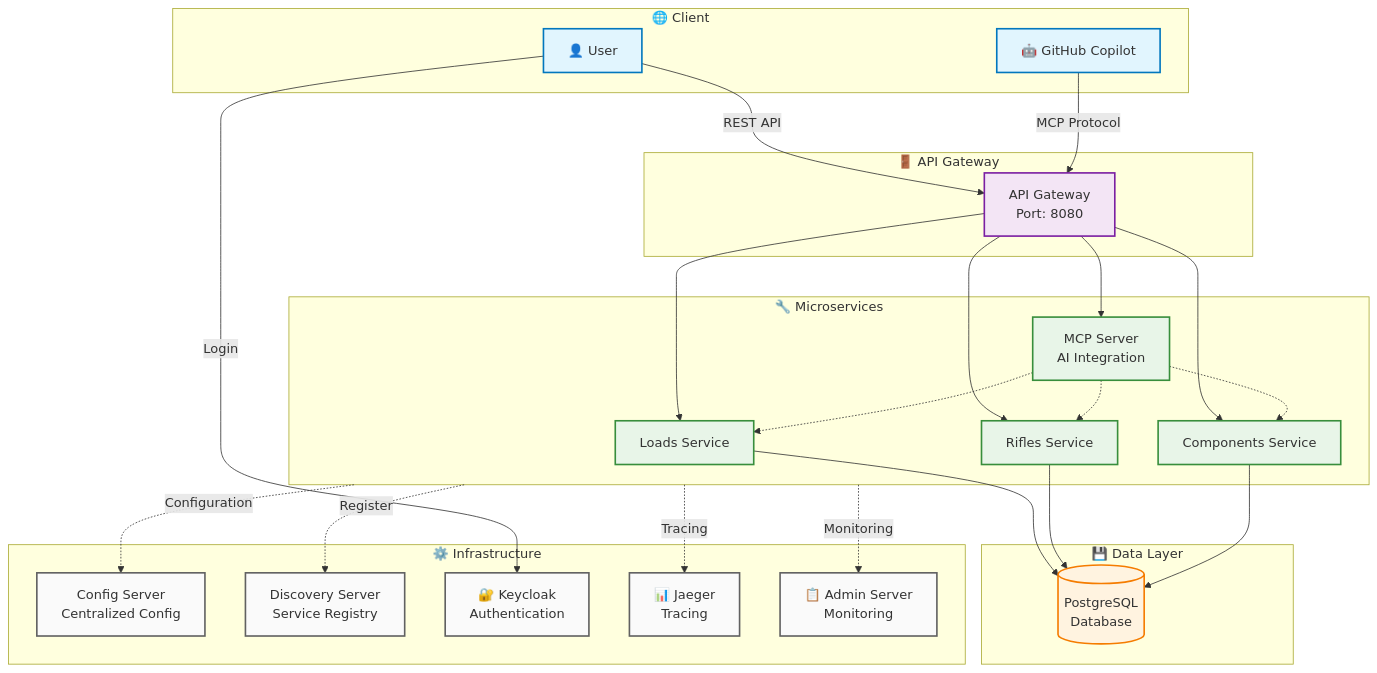
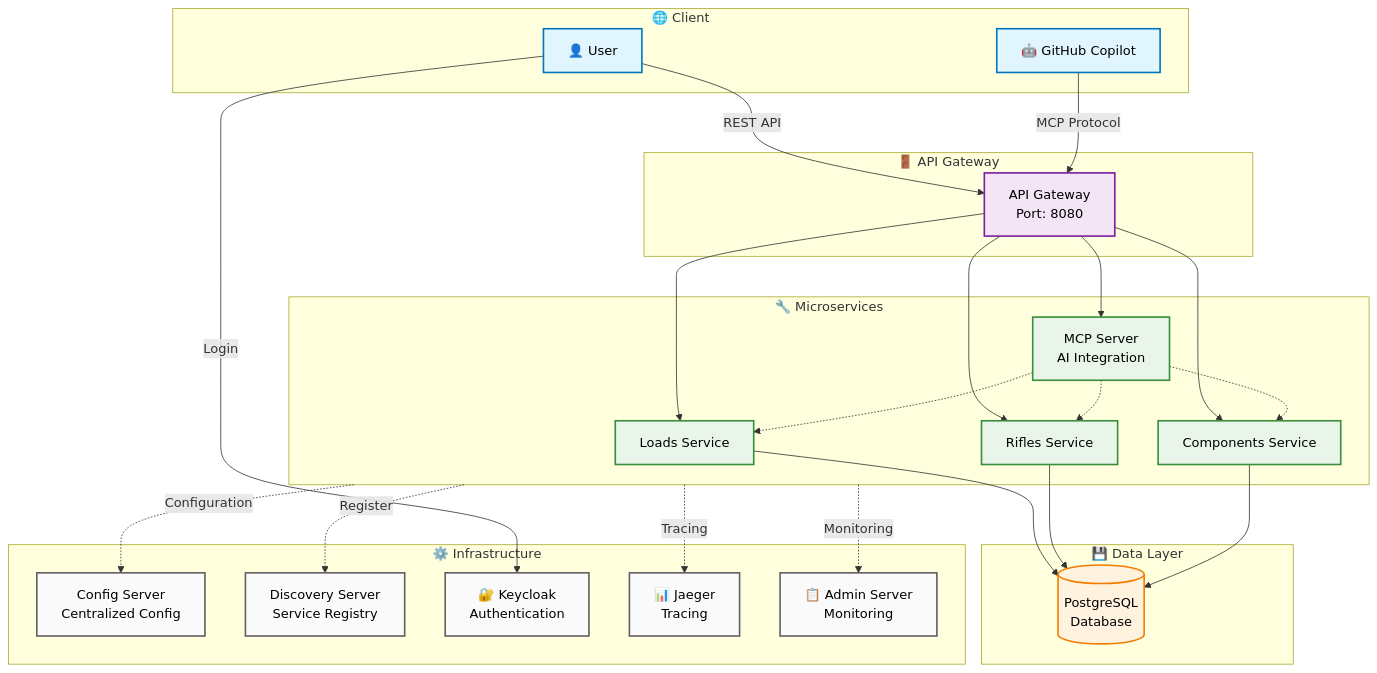
Before and after one commit to zhoozhoo/spring-load-development: the first of 3 diagrams in README.adoc, drawn with Mermaid. The commit also changed other lines of this file, not shown here.

Commit message:
fix: Update class definitions in flowcharts for consistent text colour

```diff
--- a/README.adoc
+++ b/README.adoc
@@ -149,70 +149,70 @@
 [source,mermaid]
 ....
 flowchart TB
     subgraph Client["🌐 Client"]
         User[👤 User]
         Copilot[🤖 GitHub Copilot]
     end
 
     subgraph Gateway["🚪 API Gateway"]
         APIGateway[API Gateway<br/>Port: 8080]
     end
 
     subgraph Services["🔧 Microservices"]
         LoadsService[Loads Service]
         RiflesService[Rifles Service]
         ComponentsService[Components Service]
         MCPServer[MCP Server<br/>AI Integration]
     end
 
     subgraph Data["💾 Data Layer"]
         Postgres[(PostgreSQL<br/>Database)]
     end
 
     subgraph Infrastructure["⚙️ Infrastructure"]
         ConfigServer[Config Server<br/>Centralized Config]
         DiscoveryServer[Discovery Server<br/>Service Registry]
         Keycloak[🔐 Keycloak<br/>Authentication]
         Jaeger[📊 Jaeger<br/>Tracing]
         AdminServer[📋 Admin Server<br/>Monitoring]
     end
 
     %% Client connections
     User -->|REST API| APIGateway
     Copilot -->|MCP Protocol| APIGateway
     User -->|Login| Keycloak
 
     %% Gateway to services
     APIGateway --> LoadsService
     APIGateway --> RiflesService
     APIGateway --> ComponentsService
     APIGateway --> MCPServer
 
     %% AI service integration
     MCPServer -.-> LoadsService
     MCPServer -.-> RiflesService
     MCPServer -.-> ComponentsService
 
     %% Data connections
     LoadsService --> Postgres
     RiflesService --> Postgres
     ComponentsService --> Postgres
 
     %% Infrastructure connections (simplified)
     Services -.->|Register| DiscoveryServer
     Services -.->|Configuration| ConfigServer
     Services -.->|Monitoring| AdminServer
     Services -.->|Tracing| Jaeger
 
-    classDef clientStyle fill:#e1f5fe,stroke:#0277bd,stroke-width:2px
-    classDef gatewayStyle fill:#f3e5f5,stroke:#7b1fa2,stroke-width:2px
-    classDef serviceStyle fill:#e8f5e8,stroke:#388e3c,stroke-width:2px
-    classDef dataStyle fill:#fff3e0,stroke:#f57c00,stroke-width:2px
-    classDef infraStyle fill:#fafafa,stroke:#616161,stroke-width:2px
+    classDef clientStyle fill:#e1f5fe,stroke:#0277bd,stroke-width:2px,color:#000000
+    classDef gatewayStyle fill:#f3e5f5,stroke:#7b1fa2,stroke-width:2px,color:#000000
+    classDef serviceStyle fill:#e8f5e8,stroke:#388e3c,stroke-width:2px,color:#000000
+    classDef dataStyle fill:#fff3e0,stroke:#f57c00,stroke-width:2px,color:#000000
+    classDef infraStyle fill:#fafafa,stroke:#616161,stroke-width:2px,color:#000000
 
     class User,Copilot clientStyle
     class APIGateway gatewayStyle
     class LoadsService,RiflesService,ComponentsService,MCPServer serviceStyle
     class Postgres dataStyle
     class ConfigServer,DiscoveryServer,Keycloak,Jaeger,AdminServer infraStyle
 ....
```
